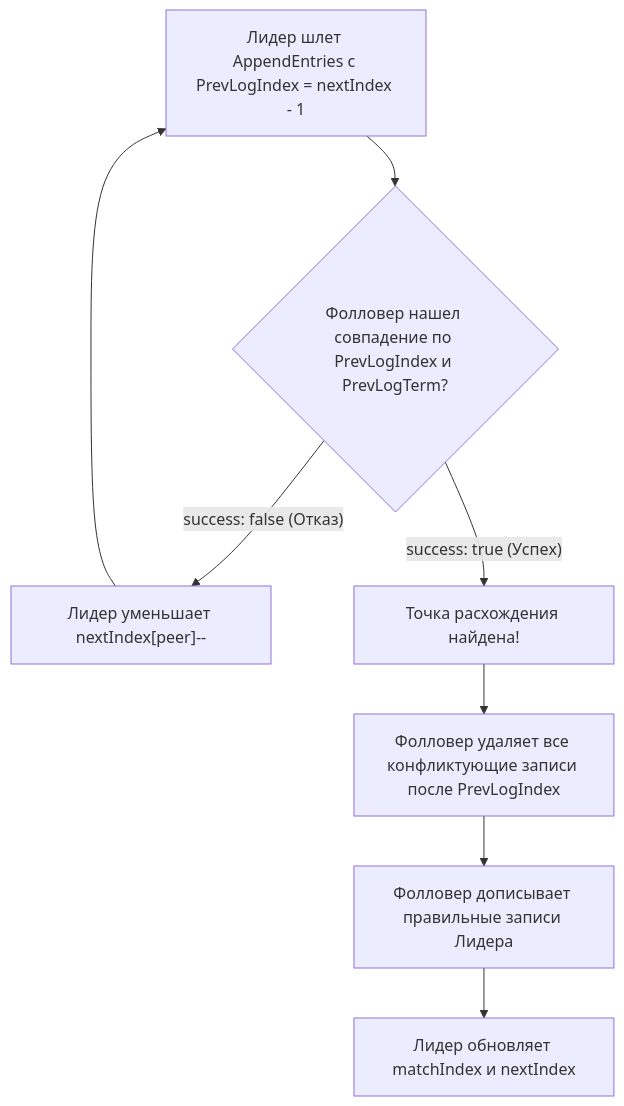
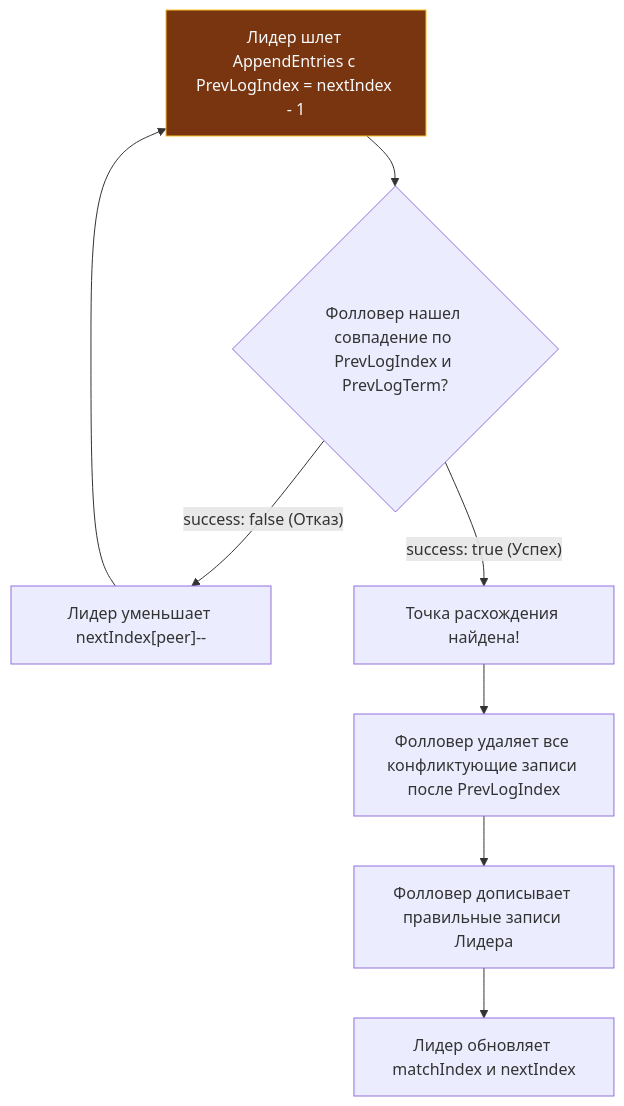
One commit to UnrealTemplier/go-textbook changed the second of 2 diagrams in sources/14. Распределенные системы на Go/02. Консенсус/4. Raft. Log replication.md. Above: the diagram before and after it, drawn with Mermaid. The commit also changed 1666 other files, not shown here.

First line of the commit message:
feat(mermaid): add semantic color classDef to 1369 colorless flowchart/graph diagrams

````diff
--- a/sources/14. Распределенные системы на Go/02. Консенсус/4. Raft. Log replication.md
+++ b/sources/14. Распределенные системы на Go/02. Консенсус/4. Raft. Log replication.md
@@ -199,12 +199,22 @@
 ```mermaid
 flowchart TD
-    A["Лидер шлет AppendEntries с PrevLogIndex = nextIndex - 1"] --> B{"Фолловер нашел совпадение по PrevLogIndex и PrevLogTerm?"}
+    classDef process  fill:#1e293b,stroke:#38bdf8,stroke-width:1px,color:#f8fafc
+    classDef success  fill:#064e3b,stroke:#34d399,stroke-width:1px,color:#f8fafc
+    classDef error    fill:#7f1d1d,stroke:#f87171,stroke-width:1px,color:#f8fafc
+    classDef warning  fill:#78350f,stroke:#fbbf24,stroke-width:1px,color:#f8fafc
+    classDef entry    fill:#1e3a5f,stroke:#38bdf8,stroke-width:2px,color:#f8fafc
+    classDef aux      fill:#334155,stroke:#64748b,stroke-width:1px,color:#f8fafc
+    classDef system   fill:#312e81,stroke:#a78bfa,stroke-width:1px,color:#f8fafc
+    classDef data     fill:#132d29,stroke:#2dd4bf,stroke-width:1px,color:#f8fafc
+    classDef network  fill:#881337,stroke:#fb7185,stroke-width:1px,color:#f8fafc
+    classDef accent   fill:#1e1b4b,stroke:#818cf8,stroke-width:1px,color:#f8fafc
+    A["Лидер шлет AppendEntries с PrevLogIndex = nextIndex - 1"]:::warning --> B{"Фолловер нашел совпадение по PrevLogIndex и PrevLogTerm?"}
     
     B -- "success: false (Отказ)" --> C["Лидер уменьшает nextIndex[peer]--"]
     C --> A
     
     B -- "success: true (Успех)" --> D["Точка расхождения найдена!"]
     D --> E["Фолловер удаляет все конфликтующие записи после PrevLogIndex"]
     E --> F["Фолловер дописывает правильные записи Лидера"]
     F --> G["Лидер обновляет matchIndex и nextIndex"]
 ```
````
